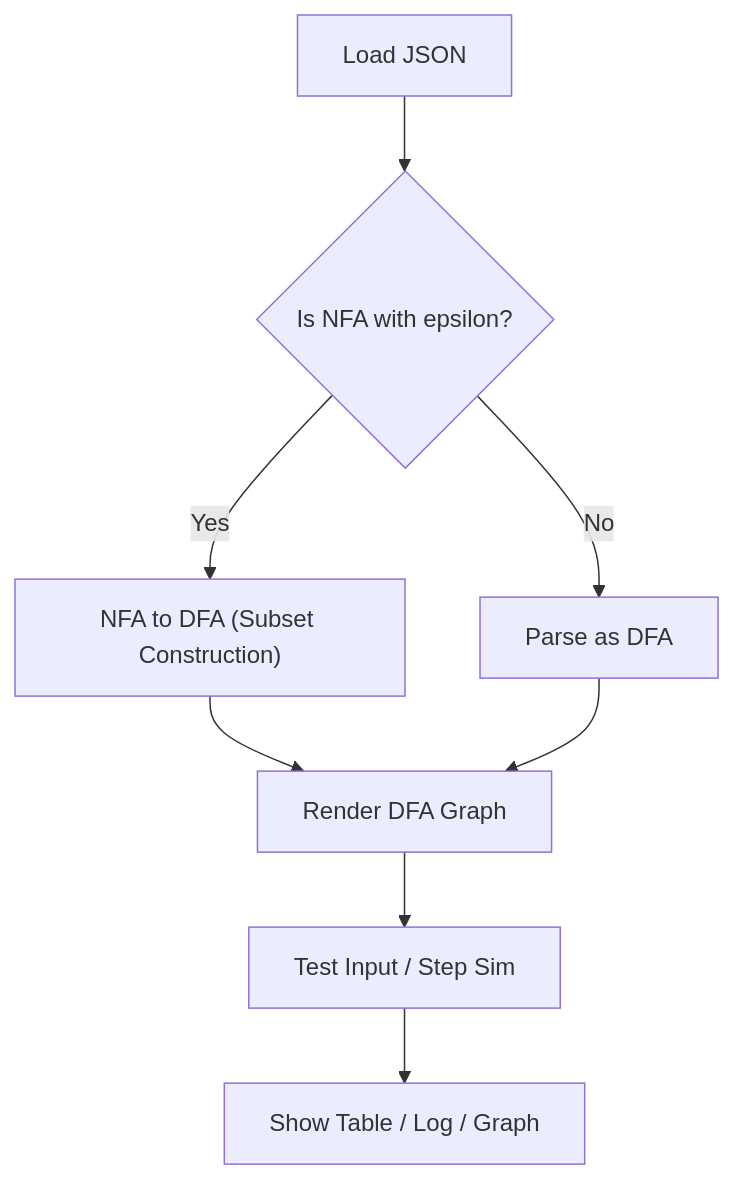
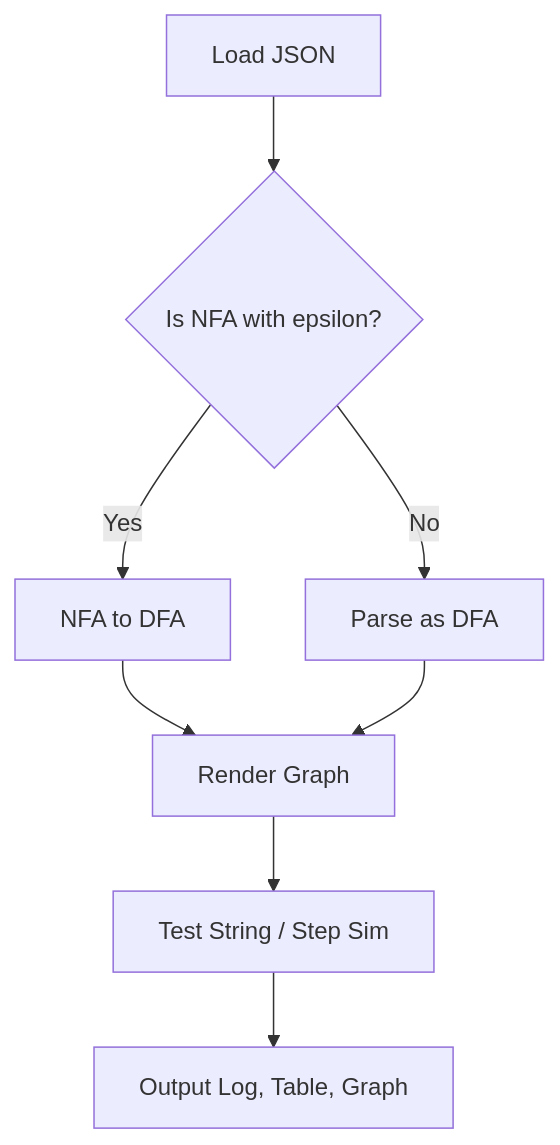
The first of 2 diagrams in README.md (Minhcardanian/automata-tool), drawn with Mermaid before and after one commit. The commit also changed other lines of this file, not shown here.

````diff
--- a/README.md
+++ b/README.md
@@ -133,10 +118,10 @@
 ```mermaid
 graph TD
     A[Load JSON] --> B{Is NFA with epsilon?}
-    B -- Yes --> C["NFA to DFA (Subset Construction)"]
-    B -- No --> D["Parse as DFA"]
-    C --> E[Render DFA Graph]
+    B -- Yes --> C[NFA to DFA]
+    B -- No --> D[Parse as DFA]
+    C --> E[Render Graph]
     D --> E
-    E --> F[Test Input / Step Sim]
-    F --> G[Show Table / Log / Graph]
+    E --> F[Test String / Step Sim]
+    F --> G[Output Log, Table, Graph]
 ```
````
